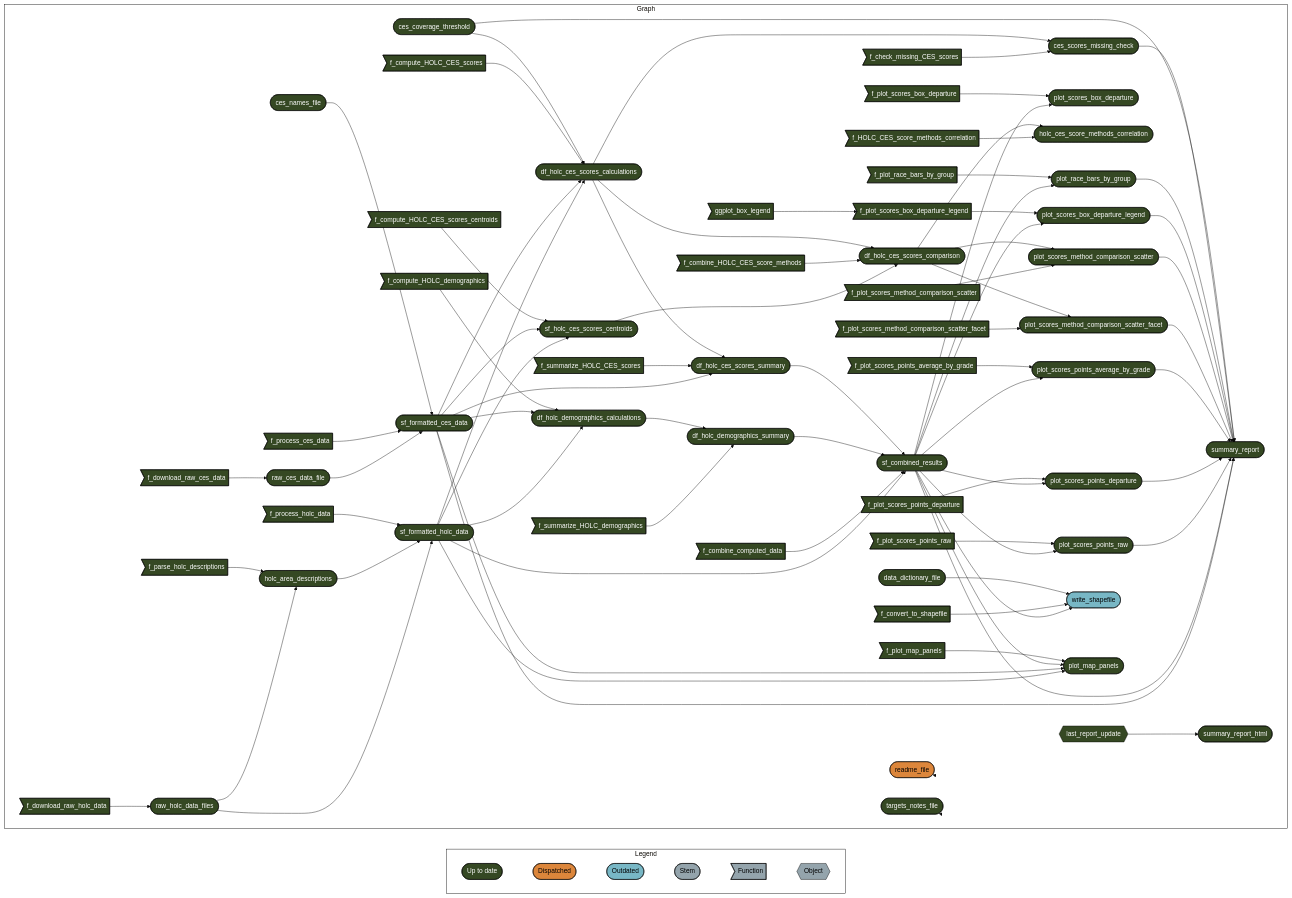
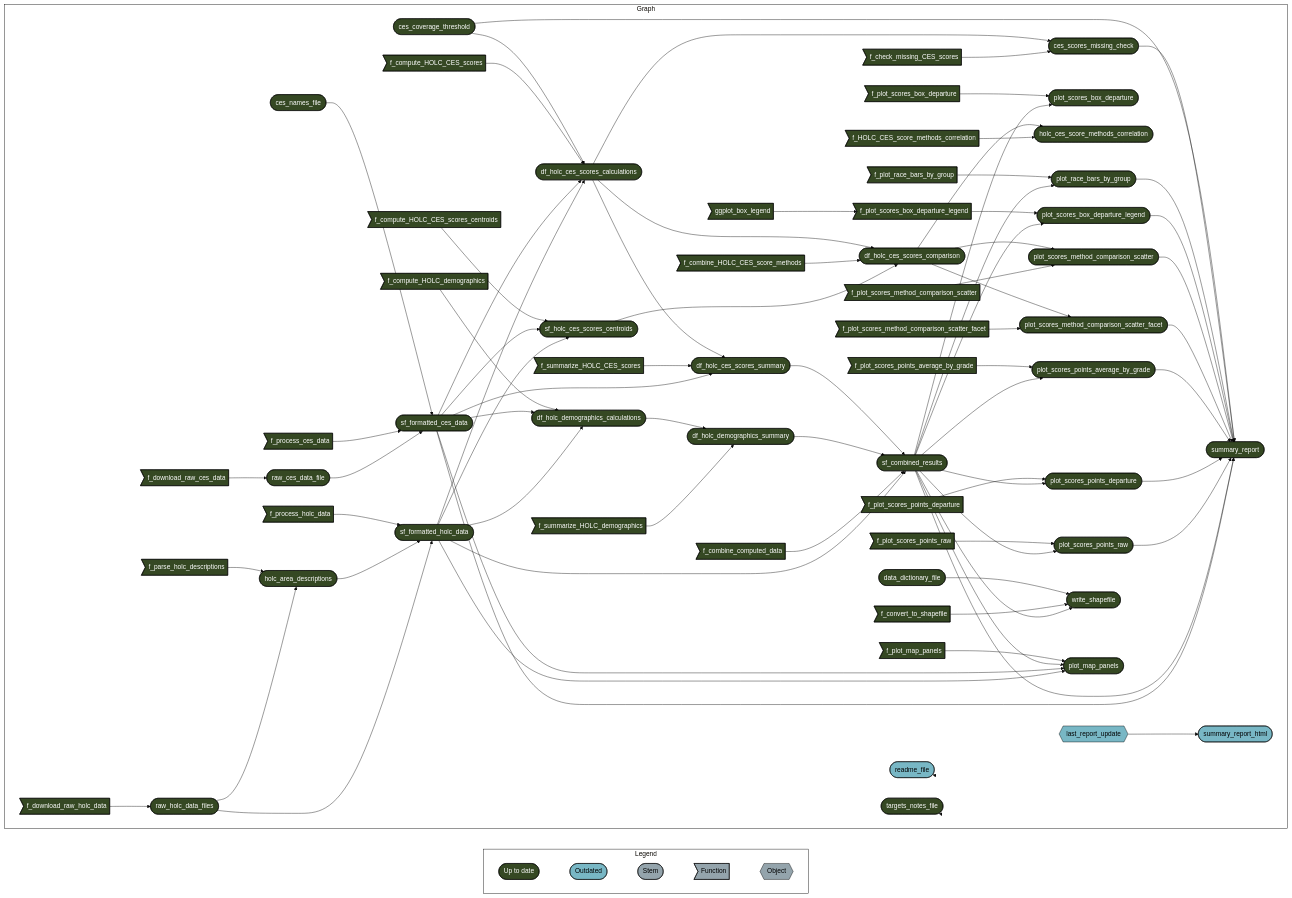
The diagram in README.md (daltare/pollution-and-prejudice), drawn with Mermaid (base theme) before and after one commit. The commit also changed other lines of this file and 1 other file, not shown here.

Commit message:
fix broken link to download processed HOLC maps

````diff
--- a/README.md
+++ b/README.md
@@ -123,8 +123,7 @@
   style Graph fill:#FFFFFF00,stroke:#000000;
   subgraph Legend
     direction LR
-    x7420bd9270f8d27d([""Up to date""]):::uptodate --- xa8565c104d8f0705([""Dispatched""]):::dispatched
-    xa8565c104d8f0705([""Dispatched""]):::dispatched --- x0a52b03877696646([""Outdated""]):::outdated
+    x7420bd9270f8d27d([""Up to date""]):::uptodate --- x0a52b03877696646([""Outdated""]):::outdated
     x0a52b03877696646([""Outdated""]):::outdated --- xbf4603d6c2c2ad6b([""Stem""]):::none
     xbf4603d6c2c2ad6b([""Stem""]):::none --- xf0bce276fe2b9d3e>""Function""]:::none
     xf0bce276fe2b9d3e>""Function""]:::none --- x5bffbffeae195fc9{{""Object""}}:::none
@@ -174,7 +173,7 @@
     x7774e14ad1201765(["sf_combined_results"]):::uptodate --> x26888c3adf53b8ba(["plot_scores_points_average_by_grade"]):::uptodate
     x0933fedf1eaed55e(["df_holc_demographics_calculations"]):::uptodate --> x722c080414fdf571(["df_holc_demographics_summary"]):::uptodate
     x2dfdf1b5ee4ba094>"f_summarize_HOLC_demographics"]:::uptodate --> x722c080414fdf571(["df_holc_demographics_summary"]):::uptodate
-    xf443f725966ed075{{"last_report_update"}}:::uptodate --> x3b5990520b2e818d(["summary_report_html"]):::uptodate
+    xf443f725966ed075{{"last_report_update"}}:::outdated --> x3b5990520b2e818d(["summary_report_html"]):::outdated
     x716156bac81cd62e(["df_holc_ces_scores_comparison"]):::uptodate --> xe4dc7810b8261f38(["plot_scores_method_comparison_scatter_facet"]):::uptodate
     x3b0727f79ff18b40>"f_plot_scores_method_comparison_scatter_facet"]:::uptodate --> xe4dc7810b8261f38(["plot_scores_method_comparison_scatter_facet"]):::uptodate
     x716156bac81cd62e(["df_holc_ces_scores_comparison"]):::uptodate --> x30558efb09c7936d(["plot_scores_method_comparison_scatter"]):::uptodate
@@ -184,9 +183,9 @@
     x7ad41e3fd12f2676(["ces_names_file"]):::uptodate --> x66ea1e7e4088616e(["sf_formatted_ces_data"]):::uptodate
     xdca65f7684d779f0>"f_process_ces_data"]:::uptodate --> x66ea1e7e4088616e(["sf_formatted_ces_data"]):::uptodate
     x6538bfb2bd8fa5af(["raw_ces_data_file"]):::uptodate --> x66ea1e7e4088616e(["sf_formatted_ces_data"]):::uptodate
-    x973757ac5e3621cd(["data_dictionary_file"]):::uptodate --> xf040698982835e96(["write_shapefile"]):::outdated
-    x9e5564aad7264f3e>"f_convert_to_shapefile"]:::uptodate --> xf040698982835e96(["write_shapefile"]):::outdated
-    x7774e14ad1201765(["sf_combined_results"]):::uptodate --> xf040698982835e96(["write_shapefile"]):::outdated
+    x973757ac5e3621cd(["data_dictionary_file"]):::uptodate --> xf040698982835e96(["write_shapefile"]):::uptodate
+    x9e5564aad7264f3e>"f_convert_to_shapefile"]:::uptodate --> xf040698982835e96(["write_shapefile"]):::uptodate
+    x7774e14ad1201765(["sf_combined_results"]):::uptodate --> xf040698982835e96(["write_shapefile"]):::uptodate
     xc504145cdabdd854>"f_download_raw_ces_data"]:::uptodate --> x6538bfb2bd8fa5af(["raw_ces_data_file"]):::uptodate
     xbc38fdbb09f54cdc(["df_holc_ces_scores_summary"]):::uptodate --> x7774e14ad1201765(["sf_combined_results"]):::uptodate
     x722c080414fdf571(["df_holc_demographics_summary"]):::uptodate --> x7774e14ad1201765(["sf_combined_results"]):::uptodate
@@ -203,18 +202,16 @@
     xd358c84560a350ea(["sf_formatted_holc_data"]):::uptodate --> x52b2d35838d1c908(["plot_map_panels"]):::uptodate
     x05780902aff2e52e>"f_plot_scores_points_departure"]:::uptodate --> x85db2b90c235dab6(["plot_scores_points_departure"]):::uptodate
     x7774e14ad1201765(["sf_combined_results"]):::uptodate --> x85db2b90c235dab6(["plot_scores_points_departure"]):::uptodate
-    x118ccf0169559b01(["readme_file"]):::dispatched --> x118ccf0169559b01(["readme_file"]):::dispatched
+    x118ccf0169559b01(["readme_file"]):::outdated --> x118ccf0169559b01(["readme_file"]):::outdated
     xd244e8c357cc9580(["targets_notes_file"]):::uptodate --> xd244e8c357cc9580(["targets_notes_file"]):::uptodate
   end
   classDef uptodate stroke:#000000,color:#ffffff,fill:#354823;
-  classDef dispatched stroke:#000000,color:#000000,fill:#DC863B;
   classDef outdated stroke:#000000,color:#000000,fill:#78B7C5;
   classDef none stroke:#000000,color:#000000,fill:#94a4ac;
   linkStyle 0 stroke-width:0px;
   linkStyle 1 stroke-width:0px;
   linkStyle 2 stroke-width:0px;
   linkStyle 3 stroke-width:0px;
-  linkStyle 4 stroke-width:0px;
+  linkStyle 76 stroke-width:0px;
   linkStyle 77 stroke-width:0px;
-  linkStyle 78 stroke-width:0px;
 ```
````
